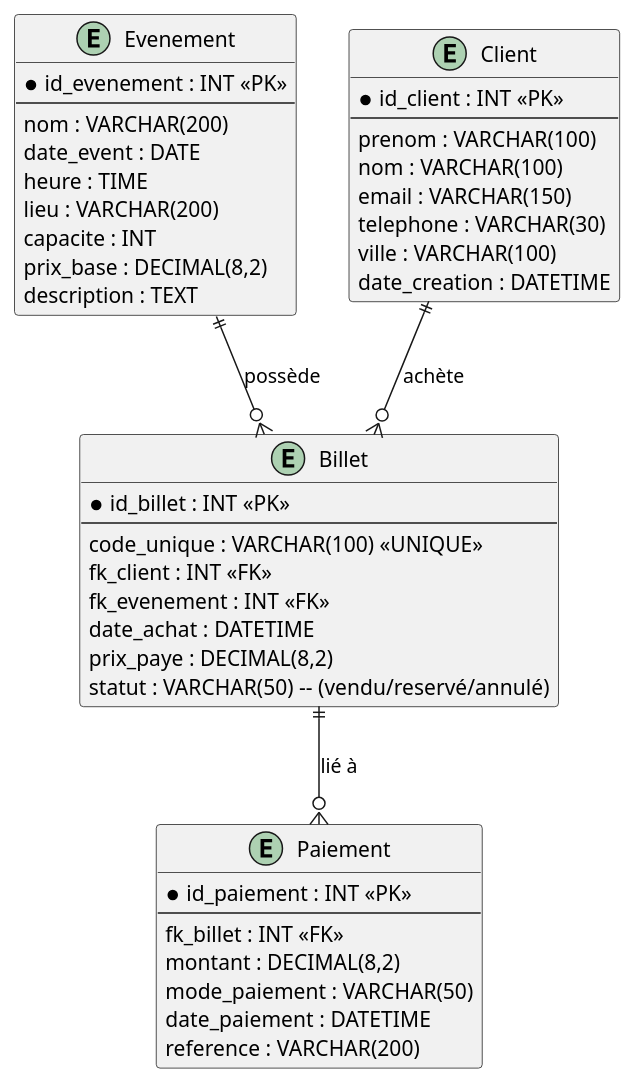
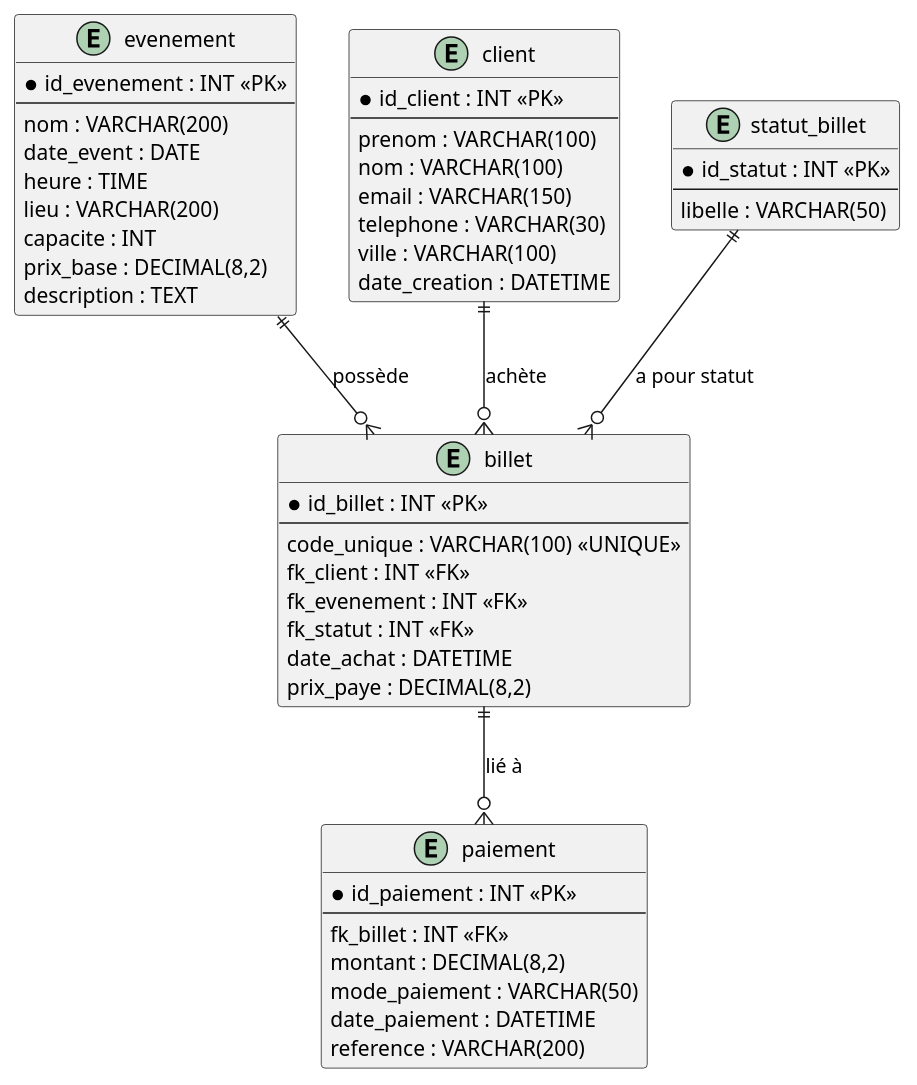
Before and after one commit to MeriemKachaf/ClientLourd-Billeterie: the diagram in billeterie.puml, drawn with PlantUML. The commit also changed 2 other files, not shown here.

Commit message:
Mise à jour du projet : data.sql, billetterie.sql et corrections FK

```diff
--- a/billeterie.puml
+++ b/billeterie.puml
@@ -1,50 +1,60 @@
 @startuml
-' BDD Billetterie - ER simplifié
-entity "Evenement" as E {
+' BDD Billetterie - modèle entité-relation corrigé
+
+entity "evenement" as e {
   * id_evenement : INT <<PK>>
   --
   nom : VARCHAR(200)
   date_event : DATE
   heure : TIME
   lieu : VARCHAR(200)
   capacite : INT
   prix_base : DECIMAL(8,2)
   description : TEXT
 }
 
-entity "Client" as C {
+entity "client" as c {
   * id_client : INT <<PK>>
   --
   prenom : VARCHAR(100)
   nom : VARCHAR(100)
   email : VARCHAR(150)
   telephone : VARCHAR(30)
   ville : VARCHAR(100)
   date_creation : DATETIME
 }
 
-entity "Billet" as B {
+entity "statut_billet" as s {
+  * id_statut : INT <<PK>>
+  --
+  libelle : VARCHAR(50)
+}
+
+entity "billet" as b {
   * id_billet : INT <<PK>>
   --
   code_unique : VARCHAR(100) <<UNIQUE>>
   fk_client : INT <<FK>>
   fk_evenement : INT <<FK>>
+  fk_statut : INT <<FK>>
   date_achat : DATETIME
   prix_paye : DECIMAL(8,2)
-  statut : VARCHAR(50) -- (vendu/reservé/annulé)
 }
 
-entity "Paiement" as P {
+entity "paiement" as p {
   * id_paiement : INT <<PK>>
   --
   fk_billet : INT <<FK>>
   montant : DECIMAL(8,2)
   mode_paiement : VARCHAR(50)
   date_paiement : DATETIME
   reference : VARCHAR(200)
 }
 
-E ||--o{ B : "possède"
-C ||--o{ B : "achète"
-B ||--o{ P : "lié à"
+' Relations
+e ||--o{ b : "possède"
+c ||--o{ b : "achète"
+s ||--o{ b : "a pour statut"
+b ||--o{ p : "lié à"
+
 @enduml
```
